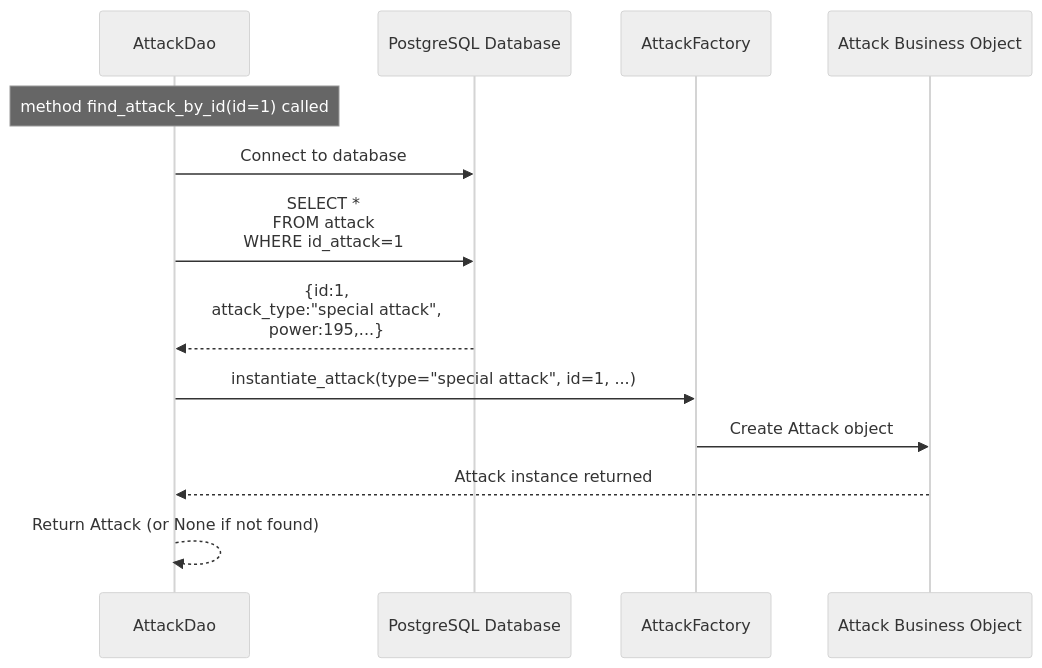
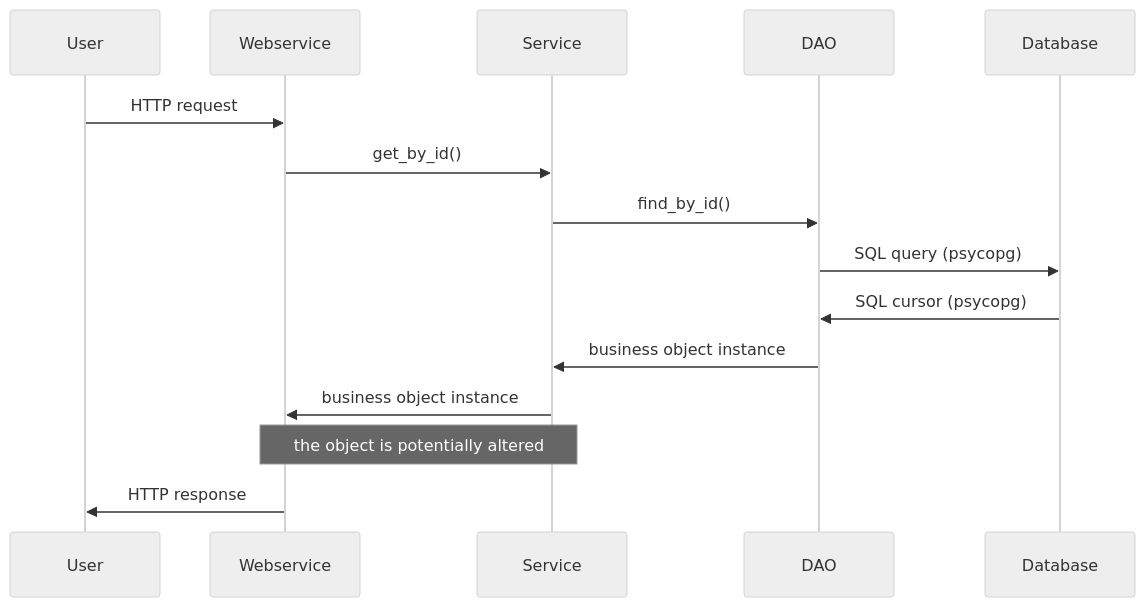
The diagram in quarto-site/doc/tp/tp4.qmd (ludo2ne/ENSAI-2A-Projet-info), drawn with Mermaid (neutral theme) before and after one commit. The commit also changed other lines of this file and 6 other files, not shown here.

````diff
--- a/quarto-site/doc/tp/tp4.qmd
+++ b/quarto-site/doc/tp/tp4.qmd
@@ -68,17 +646,17 @@
 ```{mermaid}
 sequenceDiagram
-    participant Dao as AttackDao
-    participant DB as PostgreSQL Database
-    participant Factory as AttackFactory
-    participant Attack as Attack Business Object
-
-    Note over Dao: method find_attack_by_id(id=1) called
-
-    Dao->>DB: Connect to database
-    Dao->>DB: SELECT *<br/> FROM attack<br/> WHERE id_attack=1
-    DB-->>Dao: {id:1,<br/>attack_type:"special attack",<br/>power:195,...}
-    Dao->>Factory: instantiate_attack(type="special attack", id=1, ...)
-    Factory->>Attack: Create Attack object
-    Attack-->>Dao: Attack instance returned
-    Dao-->>Dao: Return Attack (or None if not found)
+    participant U as User
+    participant R as Webservice
+    participant S as Service
+    participant D as DAO
+    participant B as Database
+    U ->> R: HTTP request
+    R ->> S: get_by_id()
+    S ->> D: find_by_id()
+    D ->> B: SQL query (psycopg)
+    B ->> D: SQL cursor (psycopg)
+    D ->> S: business object instance
+    S ->> R: business object instance
+    Note over S,R: the object is potentially altered
+    R ->> U: HTTP response
 ```
````
